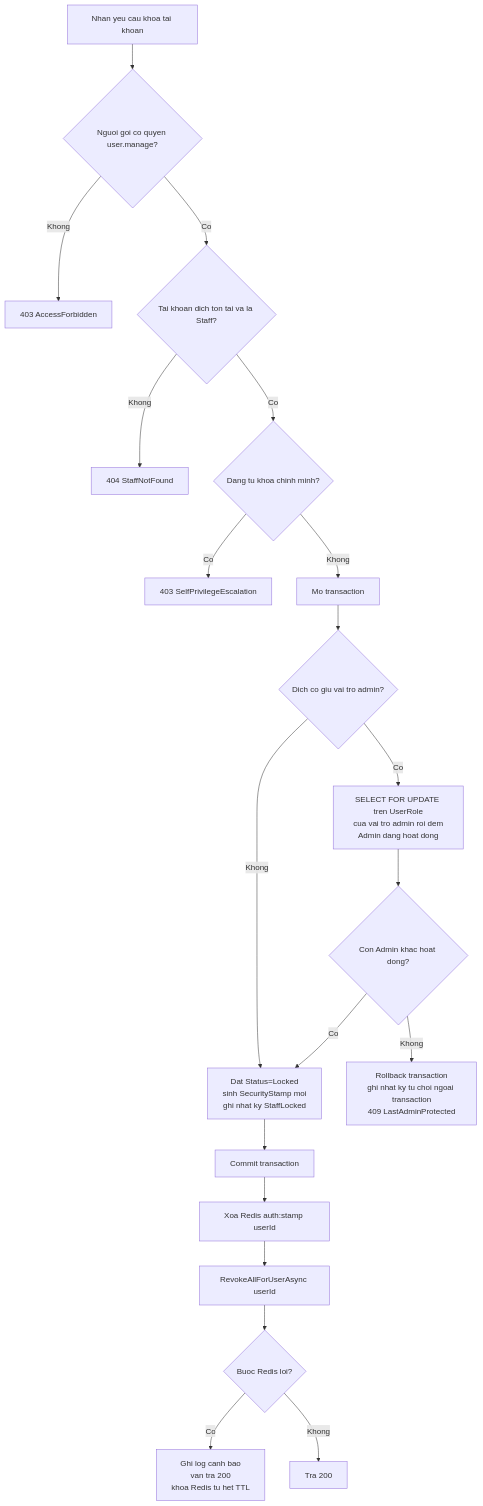
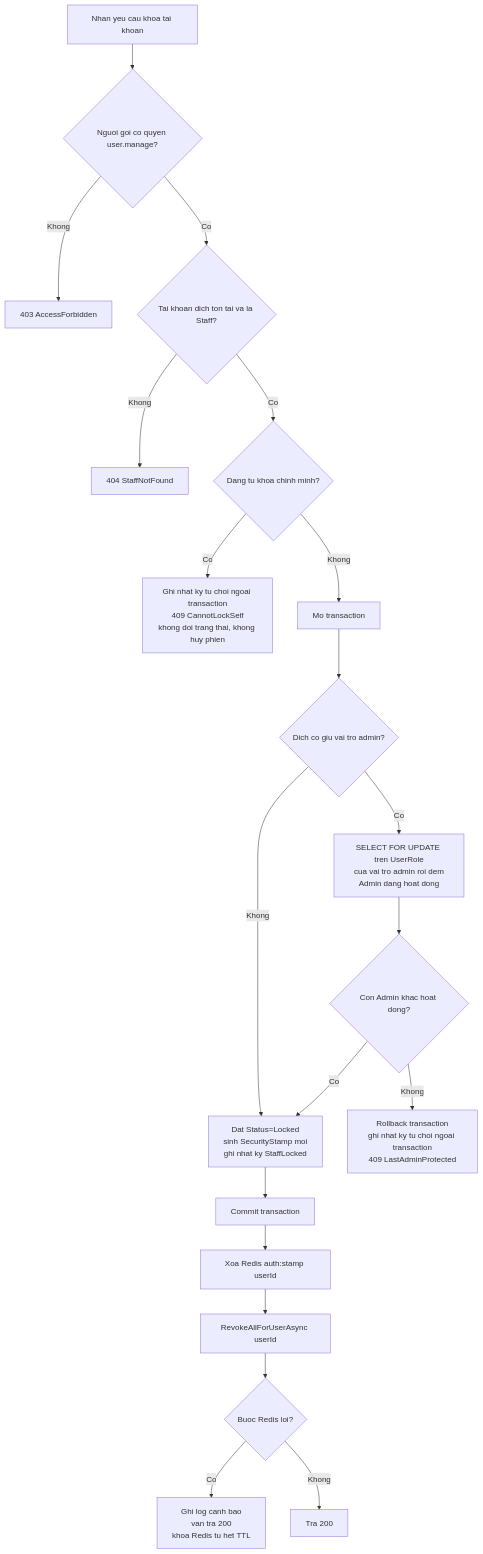
Before and after one commit to TaskCoper/bmt-documentation: the third of 5 diagrams in tdd/TDD-RBAC-002.md, drawn with Mermaid. The commit also changed other lines of this file and 19 other files, not shown here.

````diff
--- a/tdd/TDD-RBAC-002.md
+++ b/tdd/TDD-RBAC-002.md
@@ -240,23 +264,23 @@
 ```mermaid
 flowchart TD
     A[Nhan yeu cau khoa tai khoan] --> B{Nguoi goi co quyen user.manage?}
     B -->|Khong| C[403 AccessForbidden]
     B -->|Co| D{Tai khoan dich ton tai va la Staff?}
     D -->|Khong| E[404 StaffNotFound]
     D -->|Co| F{Dang tu khoa chinh minh?}
-    F -->|Co| G[403 SelfPrivilegeEscalation]
+    F -->|Co| G[Ghi nhat ky tu choi ngoai transaction<br/>409 CannotLockSelf<br/>khong doi trang thai, khong huy phien]
     F -->|Khong| K[Mo transaction]
     K --> H{Dich co giu vai tro admin?}
     H -->|Khong| M
     H -->|Co| I[SELECT FOR UPDATE tren UserRole<br/>cua vai tro admin roi dem<br/>Admin dang hoat dong]
     I --> J{Con Admin khac hoat dong?}
     J -->|Khong| L[Rollback transaction<br/>ghi nhat ky tu choi ngoai transaction<br/>409 LastAdminProtected]
     J -->|Co| M
     M[Dat Status=Locked<br/>sinh SecurityStamp moi<br/>ghi nhat ky StaffLocked]
     M --> N[Commit transaction]
     N --> O[Xoa Redis auth:stamp userId]
     O --> P[RevokeAllForUserAsync userId]
     P --> Q{Buoc Redis loi?}
     Q -->|Co| R[Ghi log canh bao<br/>van tra 200<br/>khoa Redis tu het TTL]
     Q -->|Khong| S[Tra 200]
 ```
````
